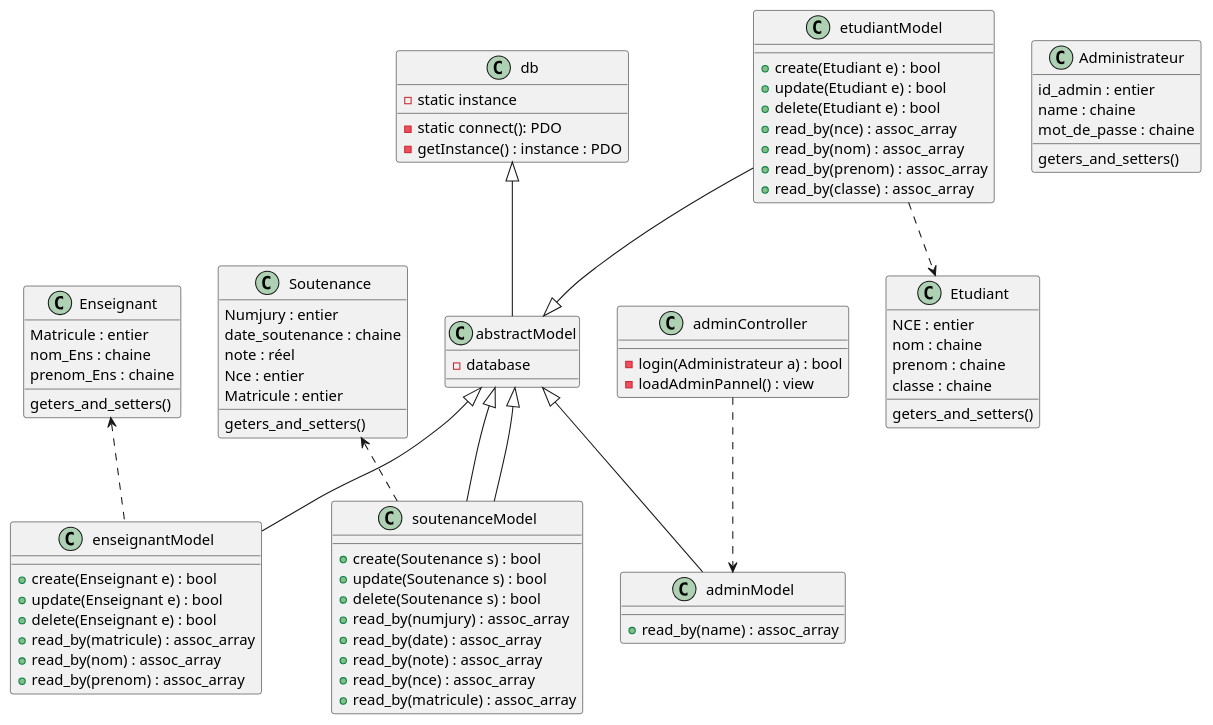
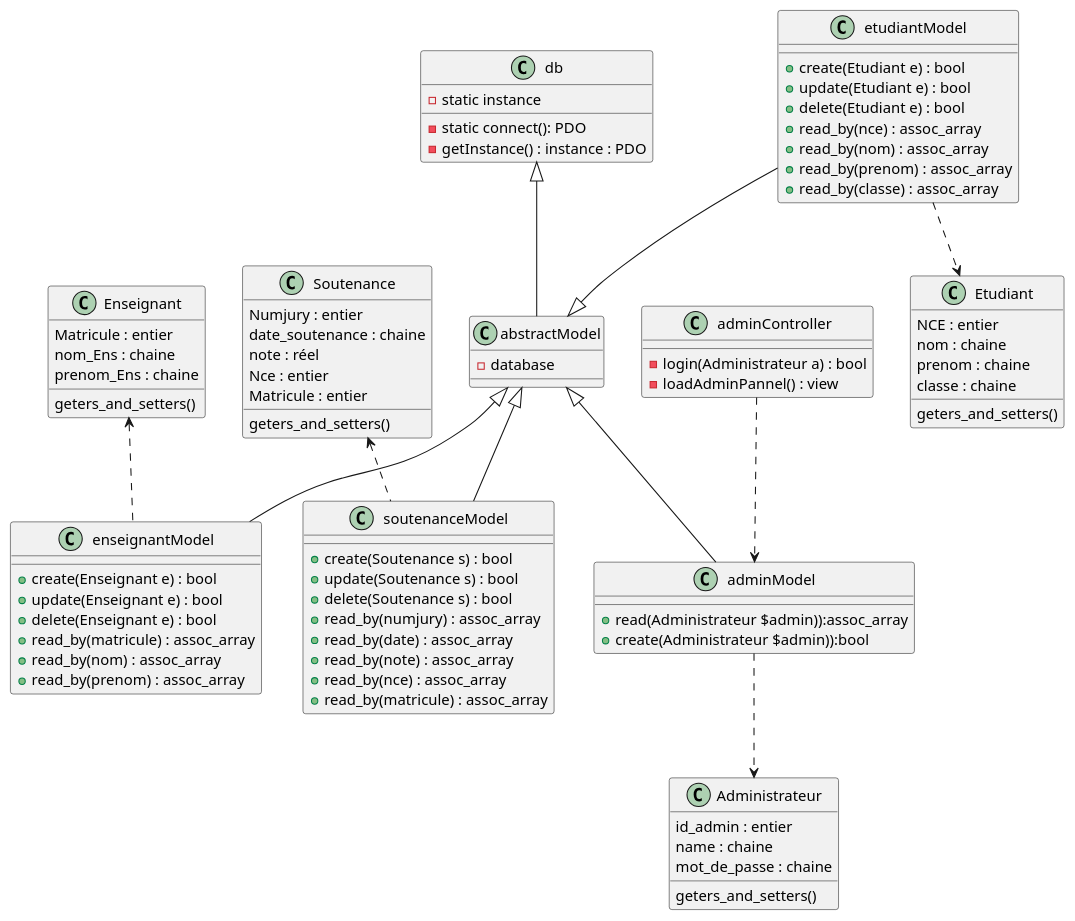
The diagram in etc/classDiagram.plantuml (Hsouna-M/Gestion_des_Stage), drawn with PlantUML before and after one commit. The commit also changed 13 other files, not shown here.

```diff
--- a/etc/classDiagram.plantuml
+++ b/etc/classDiagram.plantuml
@@ -1,97 +1,98 @@
 @startuml Gestion de Stage
 
 class db {
   - static instance 
   - static connect(): PDO
   - getInstance() : instance : PDO
 }
 
 class abstractModel{
   - database  
 }
 
 db <|-- abstractModel 
 
 class etudiantModel{
   + create(Etudiant e) : bool
   + update(Etudiant e) : bool
   + delete(Etudiant e) : bool
   + read_by(nce) : assoc_array  
   + read_by(nom) : assoc_array  
   + read_by(prenom) : assoc_array  
   + read_by(classe) : assoc_array  
 }
  
  etudiantModel ..> Etudiant
  etudiantModel --|> abstractModel 
 
 class Etudiant {
   NCE : entier
   nom : chaine
   prenom : chaine
   classe : chaine
   geters_and_setters()
   }
 
 class Enseignant {
   Matricule : entier
   nom_Ens : chaine
   prenom_Ens : chaine
   geters_and_setters()
   }
 
 class enseignantModel{
   + create(Enseignant e) : bool
   + update(Enseignant e) : bool
   + delete(Enseignant e) : bool
   + read_by(matricule) : assoc_array  
   + read_by(nom) : assoc_array  
   + read_by(prenom) : assoc_array  
 }
 
 class Soutenance {
   Numjury : entier
   date_soutenance : chaine
   note : réel
   Nce : entier
   Matricule : entier  
   geters_and_setters()
 }
 
 class soutenanceModel{
   + create(Soutenance s) : bool
   + update(Soutenance s) : bool
   + delete(Soutenance s) : bool
   + read_by(numjury) : assoc_array  
   + read_by(date) : assoc_array  
   + read_by(note) : assoc_array  
   + read_by(nce) : assoc_array  
   + read_by(matricule) : assoc_array  
 }
-soutenanceModel --|> abstractModel
 
 class Administrateur {
   id_admin : entier
   name : chaine
   mot_de_passe : chaine
   geters_and_setters()
 }
 
 class adminModel{
-  + read_by(name) : assoc_array  
+  + read(Administrateur $admin)):assoc_array  
+  + create(Administrateur $admin)):bool  
 }
 
 adminController ..> adminModel
 abstractModel <|-- adminModel
 abstractModel <|-- soutenanceModel 
 abstractModel <|-- enseignantModel 
 Enseignant <.. enseignantModel 
 Soutenance <.. soutenanceModel 
 
 class adminController{
   - login(Administrateur a) : bool
   - loadAdminPannel() : view
 }
 
+adminModel ..> Administrateur
 
 @enduml
```
